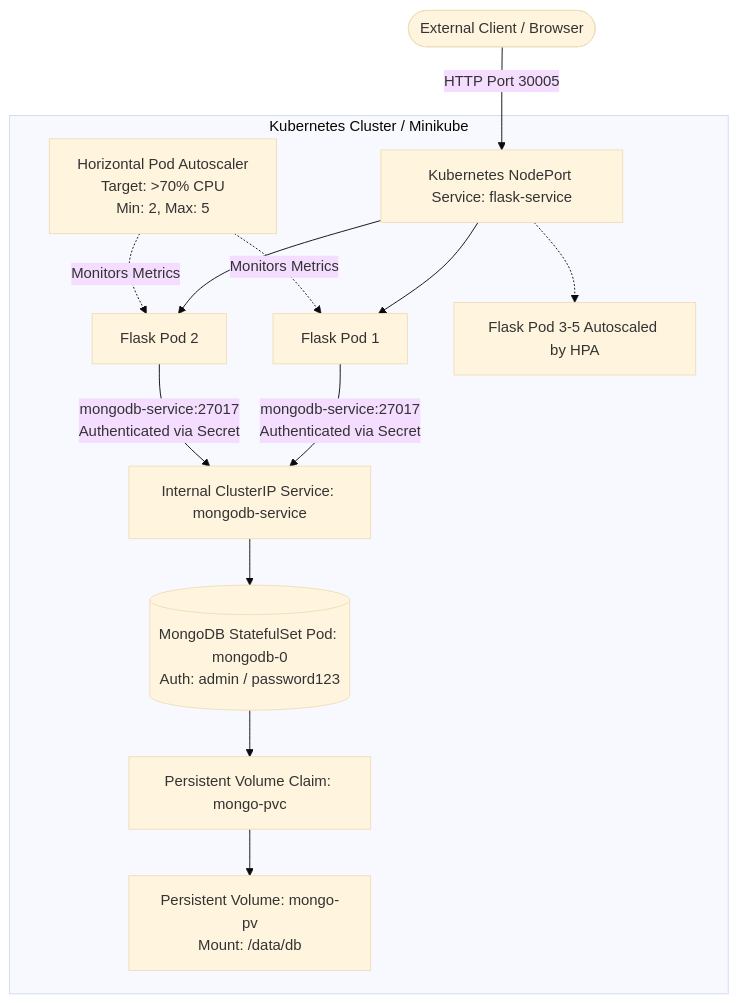
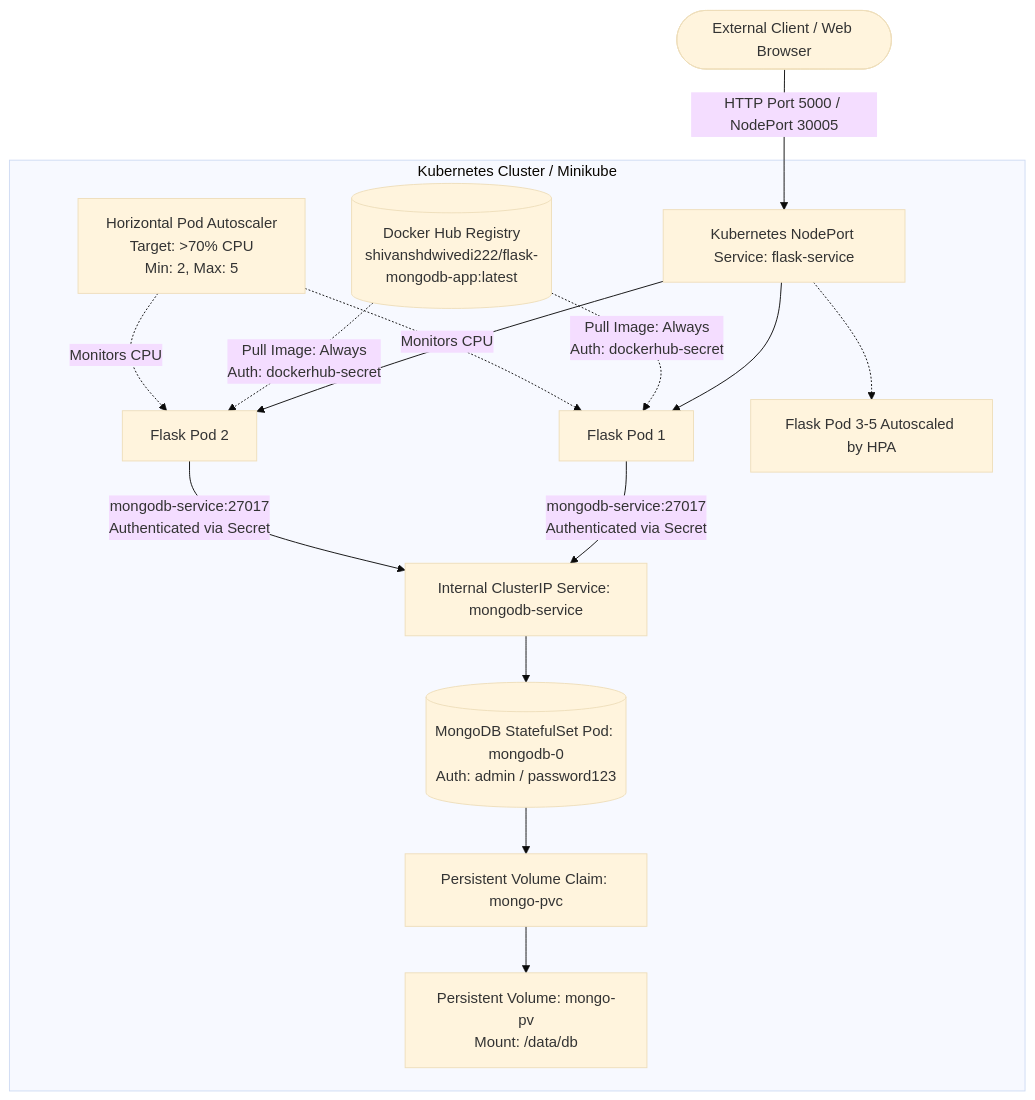
Before and after one commit to shivanshdwivedi978/flask-mongodb-k8s: the diagram in README.md, drawn with Mermaid (base theme). The commit also changed other lines of this file and 1 other file, not shown here.

Commit message:
feat: add imagePullSecrets with Always pull policy and Linux instructions in README

````diff
--- a/README.md
+++ b/README.md
@@ -33,20 +42,23 @@
 ```mermaid
 graph TD
-    Client([External Client / Browser]) -->|HTTP Port 30005| FlaskSvc[Kubernetes NodePort Service: flask-service]
+    Client([External Client / Web Browser]) -->|HTTP Port 5000 / NodePort 30005| FlaskSvc[Kubernetes NodePort Service: flask-service]
     
     subgraph Kubernetes Cluster / Minikube
         FlaskSvc --> FlaskPod1[Flask Pod 1]
         FlaskSvc --> FlaskPod2[Flask Pod 2]
         FlaskSvc -.-> FlaskPodN[Flask Pod 3-5 Autoscaled by HPA]
         
-        HPA[Horizontal Pod Autoscaler<br/>Target: >70% CPU<br/>Min: 2, Max: 5] -.->|Monitors Metrics| FlaskPod1
-        HPA -.->|Monitors Metrics| FlaskPod2
+        DockerHubRegistry[(Docker Hub Registry<br/>shivanshdwivedi222/flask-mongodb-app:latest)] -.->|Pull Image: Always<br/>Auth: dockerhub-secret| FlaskPod1
+        DockerHubRegistry -.->|Pull Image: Always<br/>Auth: dockerhub-secret| FlaskPod2
+
+        HPA[Horizontal Pod Autoscaler<br/>Target: >70% CPU<br/>Min: 2, Max: 5] -.->|Monitors CPU| FlaskPod1
+        HPA -.->|Monitors CPU| FlaskPod2
 
         FlaskPod1 -->|mongodb-service:27017<br/>Authenticated via Secret| MongoSvc[Internal ClusterIP Service: mongodb-service]
         FlaskPod2 -->|mongodb-service:27017<br/>Authenticated via Secret| MongoSvc
 
         MongoSvc --> MongoPod[(MongoDB StatefulSet Pod: mongodb-0<br/>Auth: admin / password123)]
         MongoPod --> PVC[Persistent Volume Claim: mongo-pvc]
         PVC --> PV[Persistent Volume: mongo-pv<br/>Mount: /data/db]
     end
 ```
````
